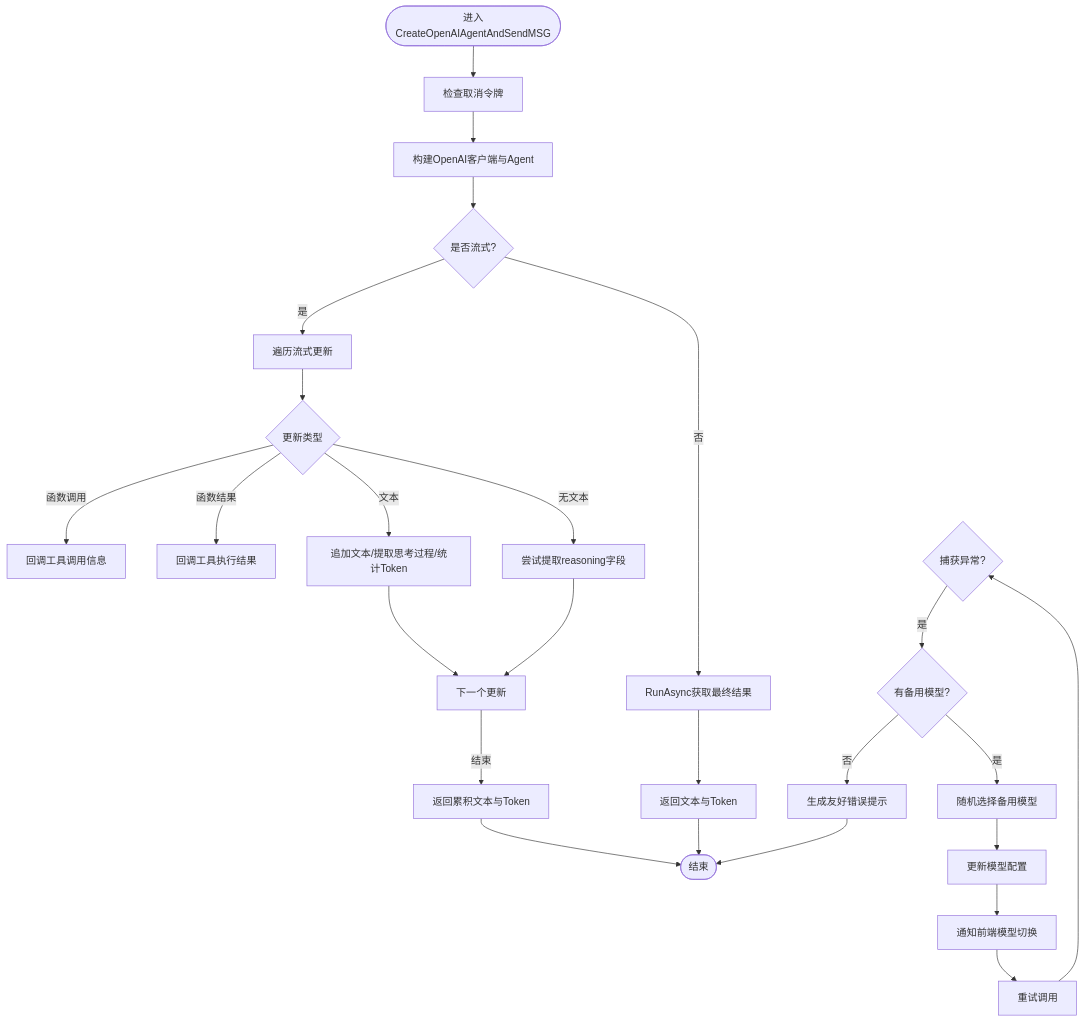
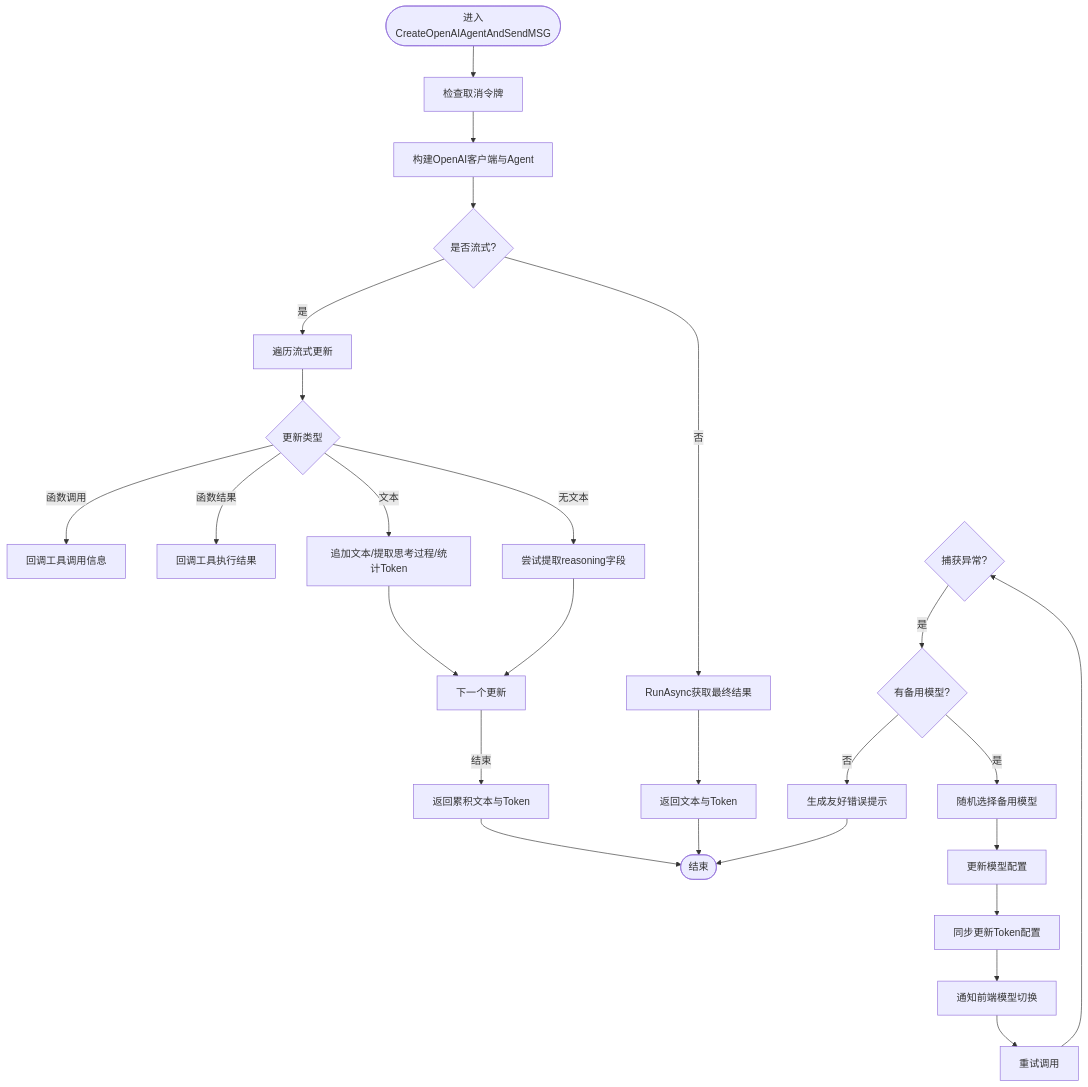
One commit to junkai-li/NetCoreKevin changed the third of 7 diagrams in .qoder/repowiki/zh/content/核心模块/AI智能助手/聊天对话.md. Above: the diagram before and after it, drawn with Mermaid. The commit also changed other lines of this file and 41 other files, not shown here.

````diff
--- a/.qoder/repowiki/zh/content/核心模块/AI智能助手/聊天对话.md
+++ b/.qoder/repowiki/zh/content/核心模块/AI智能助手/聊天对话.md
@@ -141,28 +148,29 @@
 ```mermaid
 flowchart TD
 Start(["进入CreateOpenAIAgentAndSendMSG"]) --> CheckCancel["检查取消令牌"]
 CheckCancel --> BuildClient["构建OpenAI客户端与Agent"]
 BuildClient --> Mode{"是否流式?"}
 Mode -- 是 --> StreamLoop["遍历流式更新"]
 StreamLoop --> Type{"更新类型"}
 Type -- 函数调用 --> ToolCall["回调工具调用信息"]
 Type -- 函数结果 --> ToolResult["回调工具执行结果"]
 Type -- 文本 --> TextOut["追加文本/提取思考过程/统计Token"]
 Type -- 无文本 --> Reasoning["尝试提取reasoning字段"]
 TextOut --> NextUpdate["下一个更新"]
 Reasoning --> NextUpdate
 NextUpdate --> |结束| ReturnStream["返回累积文本与Token"]
 Mode -- 否 --> RunOnce["RunAsync获取最终结果"]
 RunOnce --> ReturnOnce["返回文本与Token"]
 ReturnStream --> End(["结束"])
 ReturnOnce --> End
 Error{"捕获异常?"}
 Error -- 是 --> Fallback{"有备用模型?"}
 Fallback -- 是 --> SwitchModel["随机选择备用模型"]
 SwitchModel --> UpdateConfig["更新模型配置"]
-UpdateConfig --> NotifyFront["通知前端模型切换"]
+UpdateConfig --> UpdateTokens["同步更新Token配置"]
+UpdateTokens --> NotifyFront["通知前端模型切换"]
 NotifyFront --> Retry["重试调用"]
 Retry --> Error
 Fallback -- 否 --> FriendlyMsg["生成友好错误提示"]
 FriendlyMsg --> End
 ```
````
